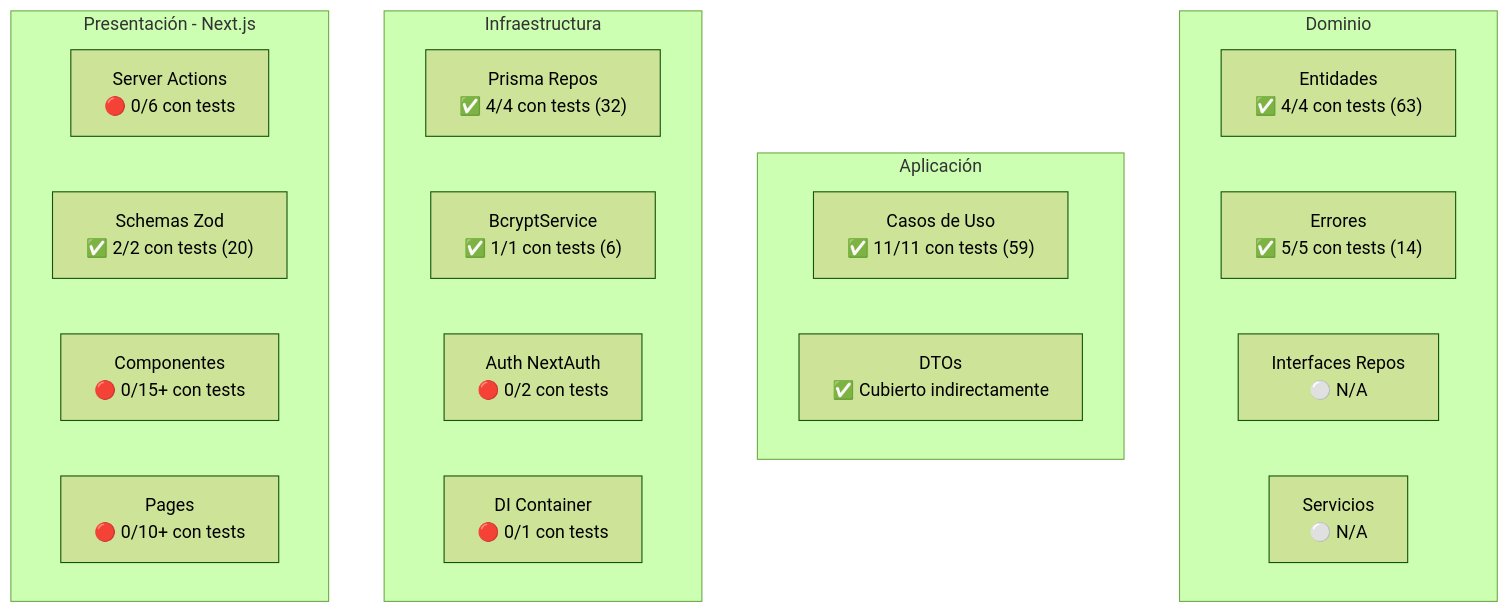
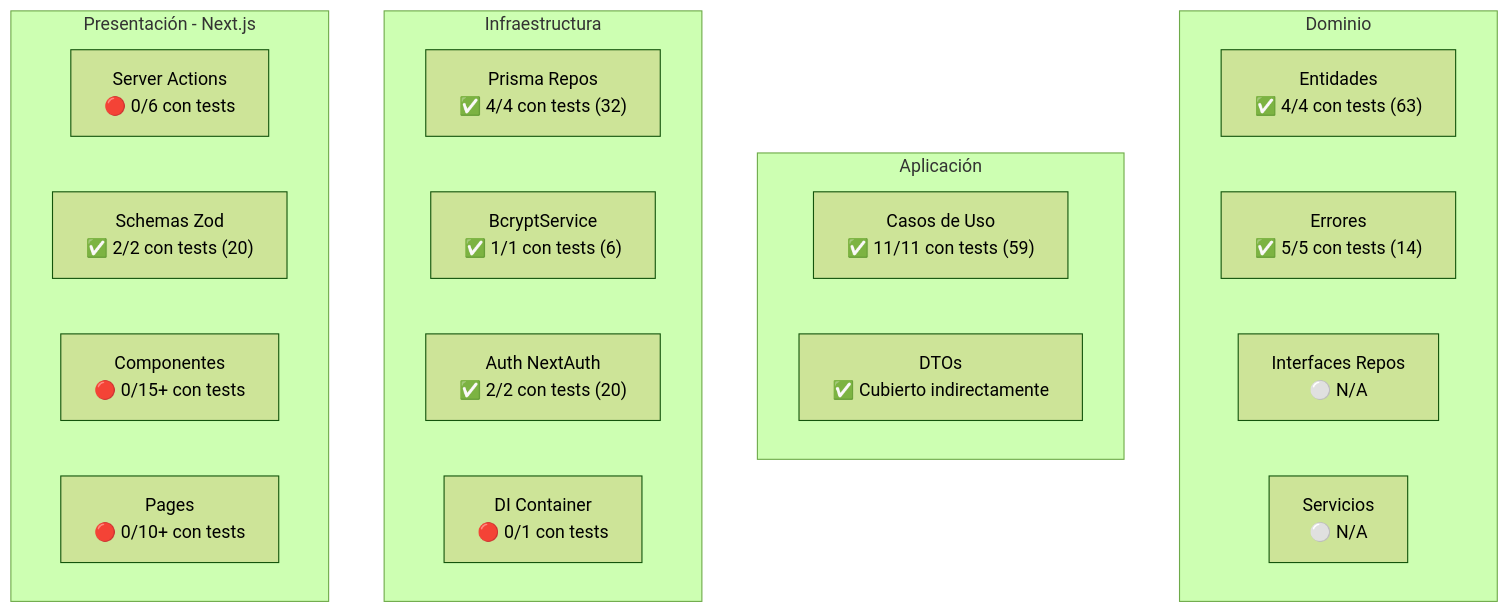
The diagram in docs/auditoria_testing.md (josepascual21/sendanipona), drawn with Mermaid (forest theme) before and after one commit. The commit also changed other lines of this file and 2 other files, not shown here.

Commit message:
Desarrollados test de infraestructura auth.

````diff
--- a/docs/auditoria_testing.md
+++ b/docs/auditoria_testing.md
@@ -196,28 +213,28 @@
 ```mermaid
 graph TB
     subgraph "Dominio"
         E["Entidades<br/>✅ 4/4 con tests (63)"]
         ER["Errores<br/>✅ 5/5 con tests (14)"]
         R["Interfaces Repos<br/>⚪ N/A"]
         S["Servicios<br/>⚪ N/A"]
     end
 
     subgraph "Aplicación"
         UC["Casos de Uso<br/>✅ 11/11 con tests (59)"]
         D["DTOs<br/>✅ Cubierto indirectamente"]
     end
 
     subgraph "Infraestructura"
         PR["Prisma Repos<br/>✅ 4/4 con tests (32)"]
         PS["BcryptService<br/>✅ 1/1 con tests (6)"]
-        AU["Auth NextAuth<br/>🔴 0/2 con tests"]
+        AU["Auth NextAuth<br/>✅ 2/2 con tests (20)"]
         DI["DI Container<br/>🔴 0/1 con tests"]
     end
 
     subgraph "Presentación - Next.js"
         SA["Server Actions<br/>🔴 0/6 con tests"]
         SC["Schemas Zod<br/>✅ 2/2 con tests (20)"]
         CO["Componentes<br/>🔴 0/15+ con tests"]
         PA["Pages<br/>🔴 0/10+ con tests"]
     end
 ```
````
